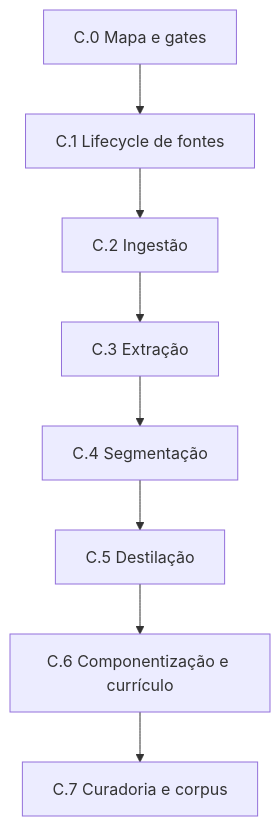
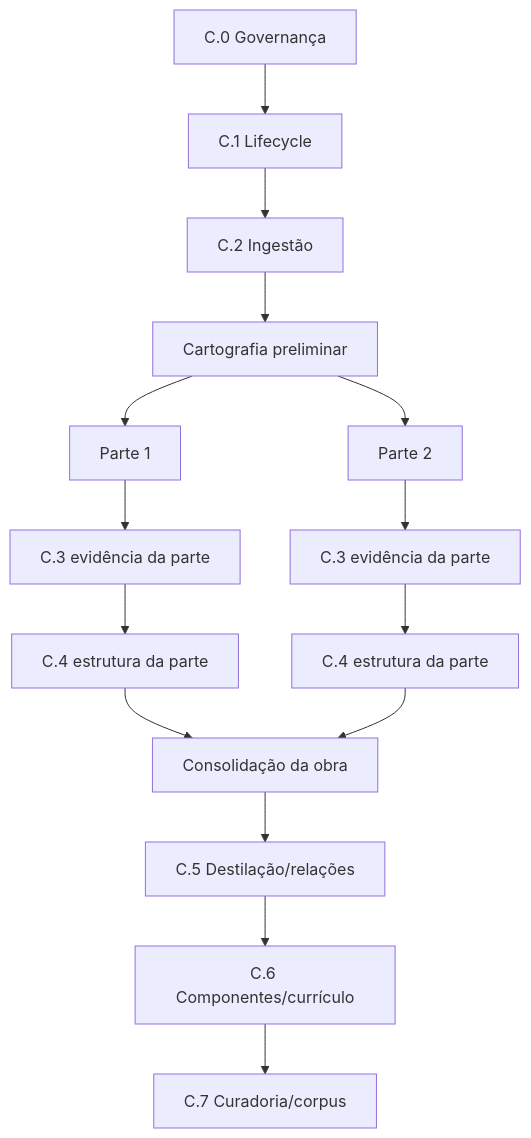
The diagram in docs/profeplan-knowledge-factory/12-delivery/PHASE-C-EXECUTION-MAP.md (PaulinhoRehfeld/profeplan), drawn with Mermaid before and after one commit. The commit also changed other lines of this file, not shown here.

````diff
--- a/docs/profeplan-knowledge-factory/12-delivery/PHASE-C-EXECUTION-MAP.md
+++ b/docs/profeplan-knowledge-factory/12-delivery/PHASE-C-EXECUTION-MAP.md
@@ -488,10 +374,17 @@
 ```mermaid
 flowchart TD
-    C0["C.0 Mapa e gates"] --> C1["C.1 Lifecycle de fontes"]
+    C0["C.0 Governança"] --> C1["C.1 Lifecycle"]
     C1 --> C2["C.2 Ingestão"]
-    C2 --> C3["C.3 Extração"]
-    C3 --> C4["C.4 Segmentação"]
-    C4 --> C5["C.5 Destilação"]
-    C5 --> C6["C.6 Componentização e currículo"]
-    C6 --> C7["C.7 Curadoria e corpus"]
+    C2 --> MAP["Cartografia preliminar"]
+    MAP --> P1["Parte 1"]
+    MAP --> P2["Parte 2"]
+    P1 --> C3A["C.3 evidência da parte"]
+    C3A --> C4A["C.4 estrutura da parte"]
+    P2 --> C3B["C.3 evidência da parte"]
+    C3B --> C4B["C.4 estrutura da parte"]
+    C4A --> CONS["Consolidação da obra"]
+    C4B --> CONS
+    CONS --> C5["C.5 Destilação/relações"]
+    C5 --> C6["C.6 Componentes/currículo"]
+    C6 --> C7["C.7 Curadoria/corpus"]
 ```
````
